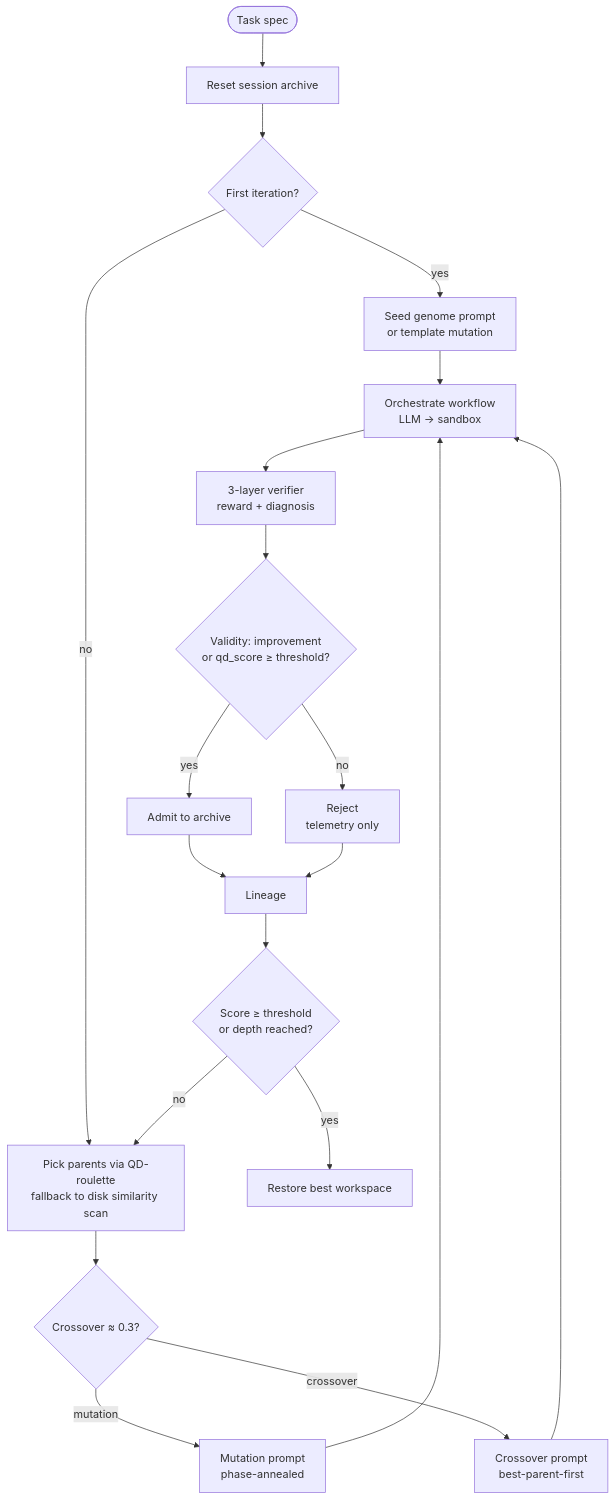
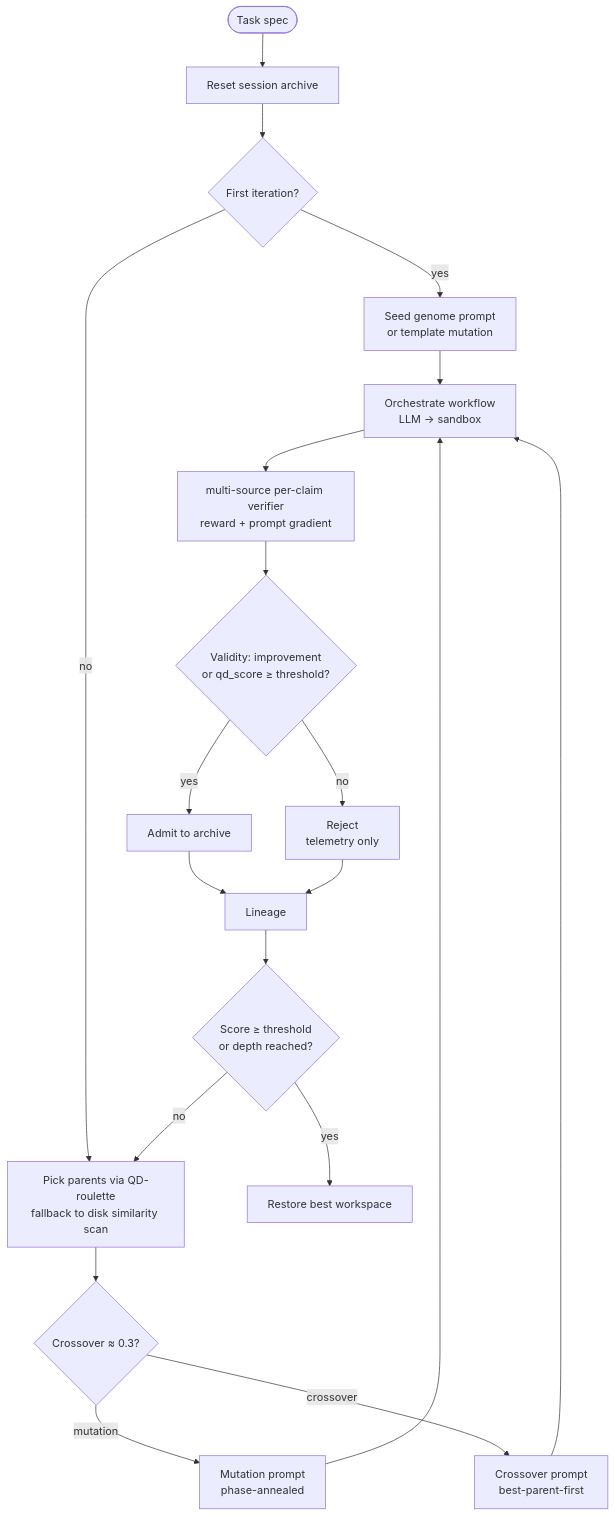
One commit to HolobiomicsLab/Mimosa-AI changed the diagram in docs/concepts/evolution-engine.md. Above: the diagram before and after it, drawn with Mermaid. The commit also changed other lines of this file and 14 other files, not shown here.

````diff
--- a/docs/concepts/evolution-engine.md
+++ b/docs/concepts/evolution-engine.md
@@ -13,22 +13,22 @@
 ```mermaid
 flowchart TB
     Start([Task spec]) --> Reset[Reset session archive]
     Reset --> Seed{First iteration?}
     Seed -- yes --> SeedPrompt[Seed genome prompt<br/>or template mutation]
     Seed -- no --> Pick[Pick parents via QD-roulette<br/>fallback to disk similarity scan]
     SeedPrompt --> Orch[Orchestrate workflow<br/>LLM → sandbox]
     Pick --> Decide{Crossover ≈ 0.3?}
     Decide -- mutation --> Mut[Mutation prompt<br/>phase-annealed]
     Decide -- crossover --> Cross[Crossover prompt<br/>best-parent-first]
     Mut --> Orch
     Cross --> Orch
-    Orch --> Eval[3-layer verifier<br/>reward + diagnosis]
+    Orch --> Eval[multi-source per-claim verifier<br/>reward + prompt gradient]
     Eval --> Admit{Validity: improvement<br/>or qd_score ≥ threshold?}
     Admit -- yes --> Archive[Admit to archive]
     Admit -- no --> Reject[Reject<br/>telemetry only]
     Archive --> Lin[Lineage]
     Reject --> Lin
     Lin --> Stop{Score ≥ threshold<br/>or depth reached?}
     Stop -- no --> Pick
     Stop -- yes --> Restore[Restore best workspace]
 ```
````
